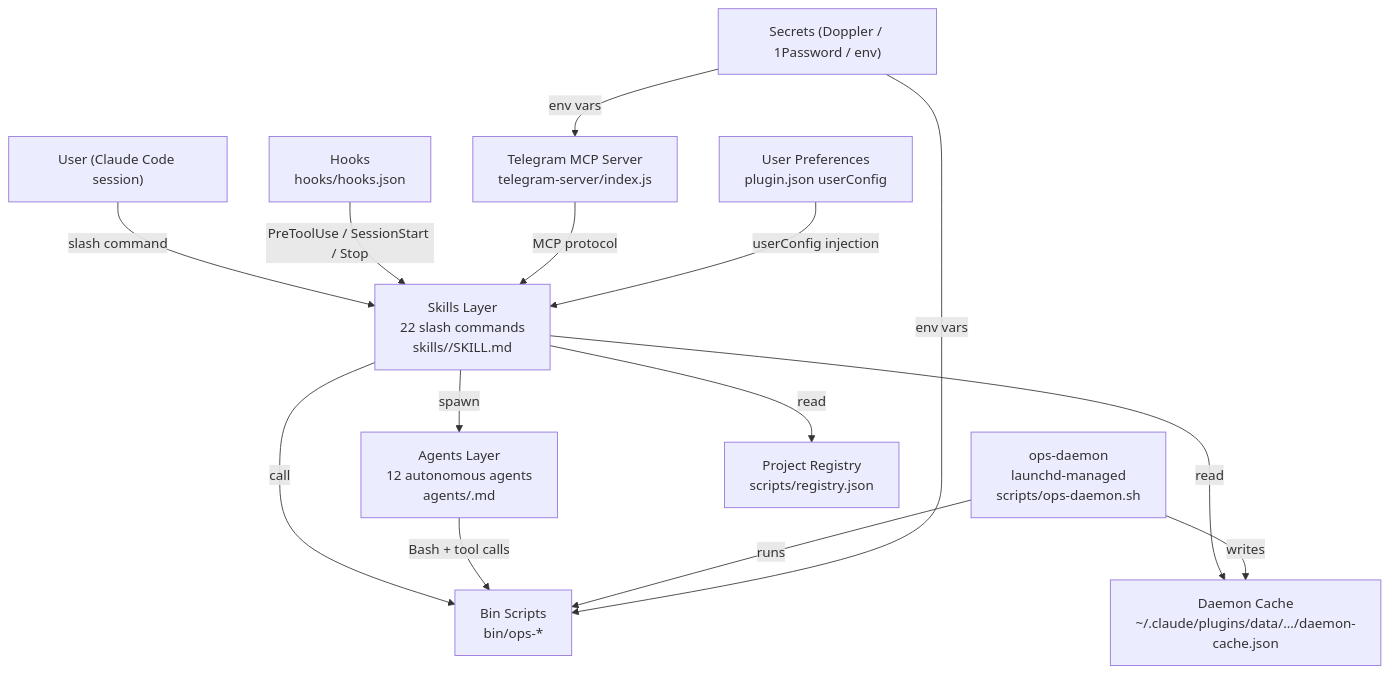
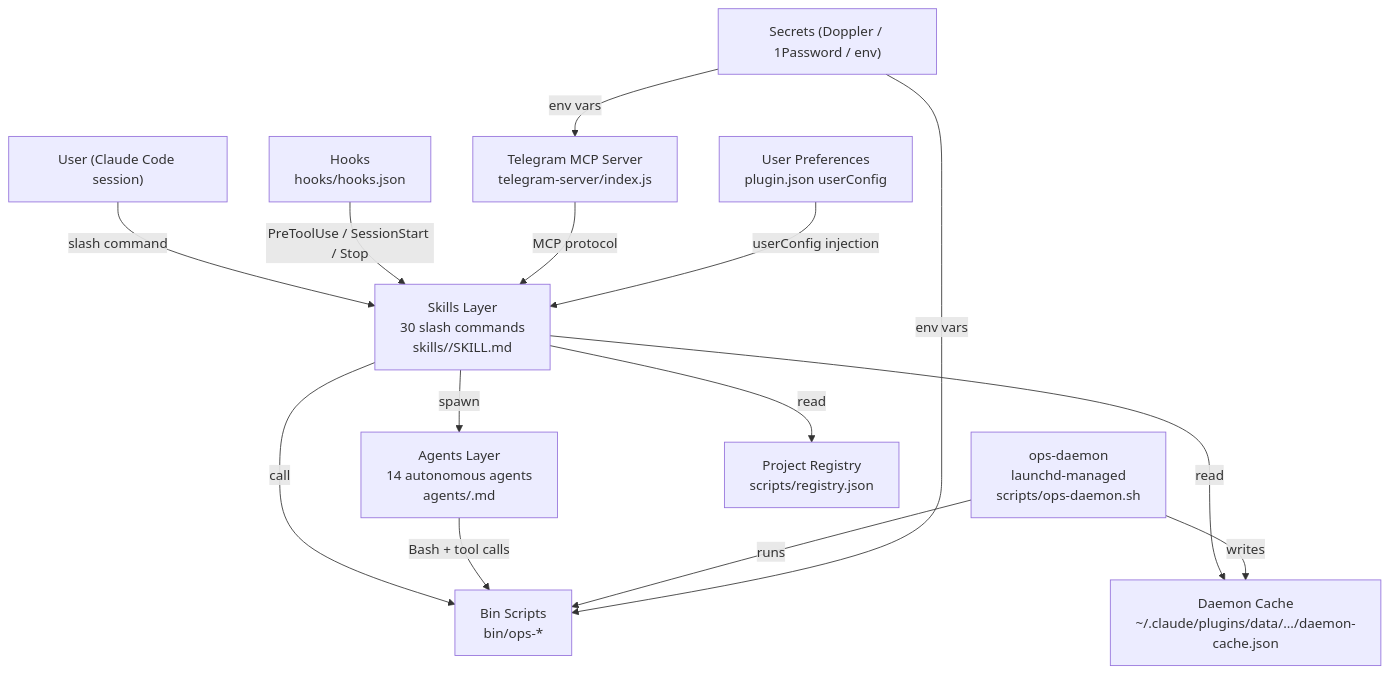
One commit to Lifecycle-Innovations-Limited/claude-ops changed the diagram in docs/ARCHITECTURE.md. Above: the diagram before and after it, drawn with Mermaid. The commit also changed other lines of this file and 6 other files, not shown here.

First line of the commit message:
docs: update all markdown for v1.7.0 — 30 skills, 14 agents

````diff
--- a/docs/ARCHITECTURE.md
+++ b/docs/ARCHITECTURE.md
@@ -10,28 +10,28 @@
 ```mermaid
 graph TD
     User["User (Claude Code session)"]
-    Skills["Skills Layer\n22 slash commands\nskills/<name>/SKILL.md"]
-    Agents["Agents Layer\n12 autonomous agents\nagents/<name>.md"]
+    Skills["Skills Layer\n30 slash commands\nskills/<name>/SKILL.md"]
+    Agents["Agents Layer\n14 autonomous agents\nagents/<name>.md"]
     Daemon["ops-daemon\nlaunchd-managed\nscripts/ops-daemon.sh"]
     Hooks["Hooks\nhooks/hooks.json"]
     Bin["Bin Scripts\nbin/ops-*"]
     TelegramMCP["Telegram MCP Server\ntelegram-server/index.js"]
     Registry["Project Registry\nscripts/registry.json"]
     Cache["Daemon Cache\n~/.claude/plugins/data/.../daemon-cache.json"]
     Prefs["User Preferences\nplugin.json userConfig"]
     Secrets["Secrets (Doppler / 1Password / env)"]
 
     User -->|slash command| Skills
     Skills -->|spawn| Agents
     Skills -->|read| Registry
     Skills -->|read| Cache
     Skills -->|call| Bin
     Agents -->|Bash + tool calls| Bin
     Daemon -->|writes| Cache
     Daemon -->|runs| Bin
     Hooks -->|PreToolUse / SessionStart / Stop| Skills
     TelegramMCP -->|MCP protocol| Skills
     Prefs -->|userConfig injection| Skills
     Secrets -->|env vars| Bin
     Secrets -->|env vars| TelegramMCP
 ```
````
